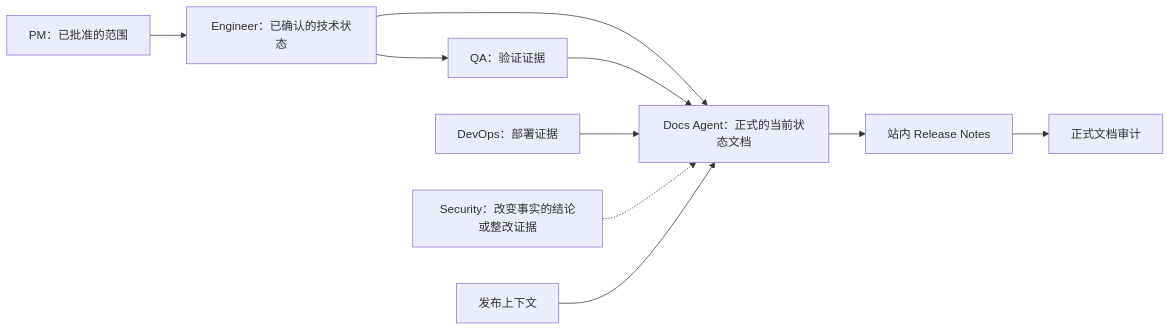
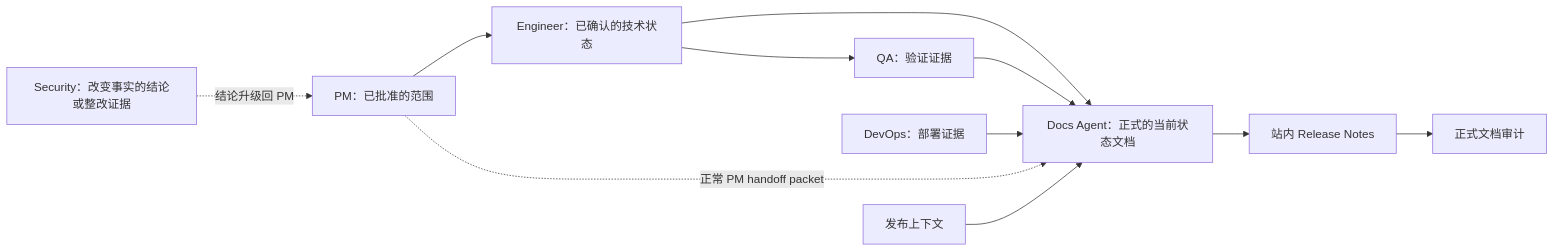
The diagram in agents/docs/README_zh.md (Neplich/dev-agent-skills), drawn with Mermaid before and after one commit. The commit also changed other lines of this file and 51 other files, not shown here.

````diff
--- a/agents/docs/README_zh.md
+++ b/agents/docs/README_zh.md
@@ -52,12 +52,13 @@
 ```mermaid
 flowchart LR
     PM["PM：已批准的范围"] --> Engineer["Engineer：已确认的技术状态"]
     Engineer --> QA["QA：验证证据"]
     Engineer --> Docs["Docs Agent：正式的当前状态文档"]
     QA --> Docs
     DevOps["DevOps：部署证据"] --> Docs
-    Security["Security：改变事实的结论或整改证据"] -.-> Docs
+    Security["Security：改变事实的结论或整改证据"] -. "结论升级回 PM" .-> PM
+    PM -. "正常 PM handoff packet" .-> Docs
     Release["发布上下文"] --> Docs
     Docs --> Notes["站内 Release Notes"]
     Notes --> Audit["正式文档审计"]
 ```
````
